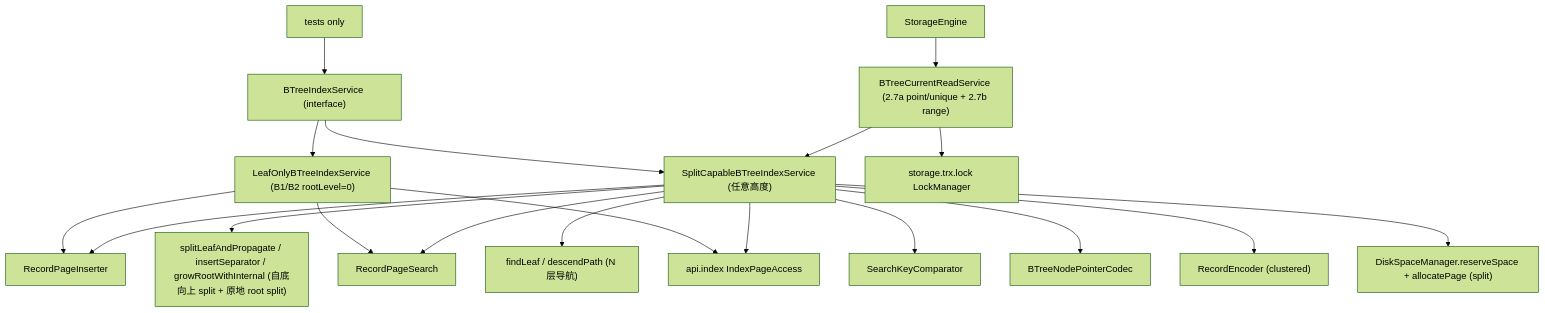
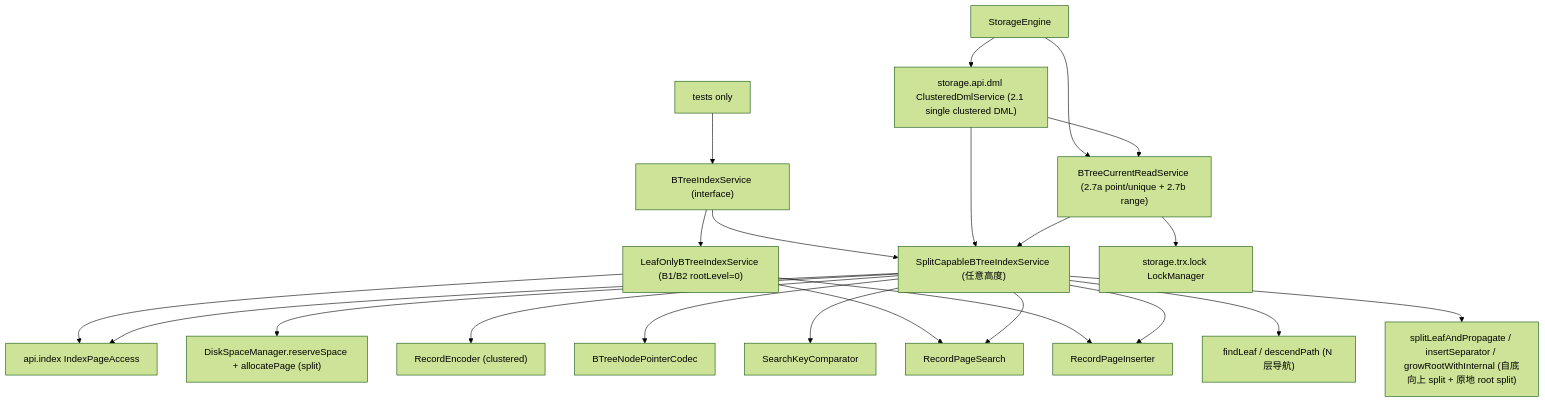
Before and after one commit to mywnlb/dbtest: the fourth of 9 diagrams in docs/design/current-implementation-map.md, drawn with Mermaid (forest theme). The commit also changed other lines of this file and 57 other files, not shown here.

````diff
--- a/docs/design/current-implementation-map.md
+++ b/docs/design/current-implementation-map.md
@@ -185,22 +186,25 @@
 ```mermaid
 flowchart TD
   Facade["BTreeIndexService (interface)"]
   Facade --> Leaf["LeafOnlyBTreeIndexService (B1/B2 rootLevel=0)"]
   Facade --> Split["SplitCapableBTreeIndexService (任意高度)"]
   Leaf --> PageAccess["api.index IndexPageAccess"]
   Split --> PageAccess
   Split --> Disk["DiskSpaceManager.reserveSpace + allocatePage (split)"]
   Split --> RecordEncoder["RecordEncoder (clustered)"]
   Split --> PtrCodec["BTreeNodePointerCodec"]
   Split --> KeyCmp["SearchKeyComparator"]
   Leaf --> RSearch["RecordPageSearch"]
   Split --> RSearch
   Leaf --> RInserter["RecordPageInserter"]
   Split --> RInserter
   Split --> Descend["findLeaf / descendPath (N 层导航)"]
   Split --> SplitEngine["splitLeafAndPropagate / insertSeparator / growRootWithInternal (自底向上 split + 原地 root split)"]
   Engine["StorageEngine"] --> CurrentRead["BTreeCurrentReadService (2.7a point/unique + 2.7b range)"]
+  Engine --> DML["storage.api.dml ClusteredDmlService (2.1 single clustered DML)"]
+  DML --> CurrentRead
+  DML --> Split
   CurrentRead --> Split
   CurrentRead --> LockMgr["storage.trx.lock LockManager"]
   Tests["tests only"] --> Facade
 ```
````
